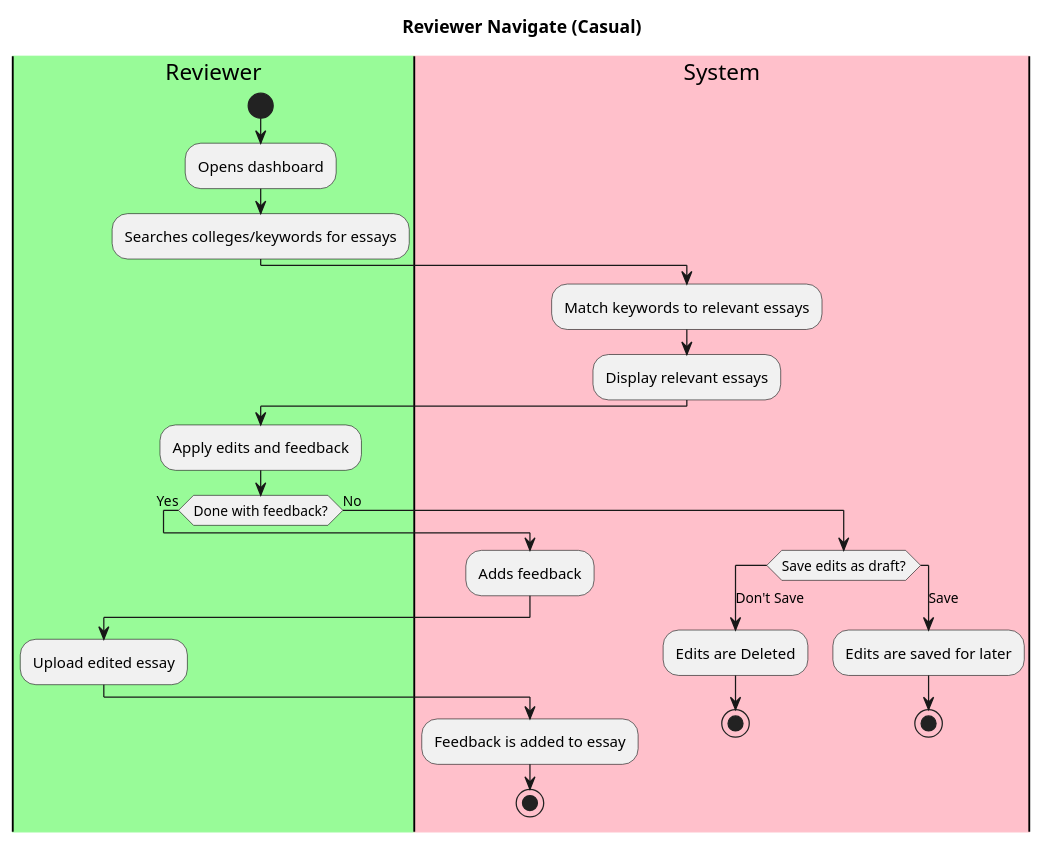
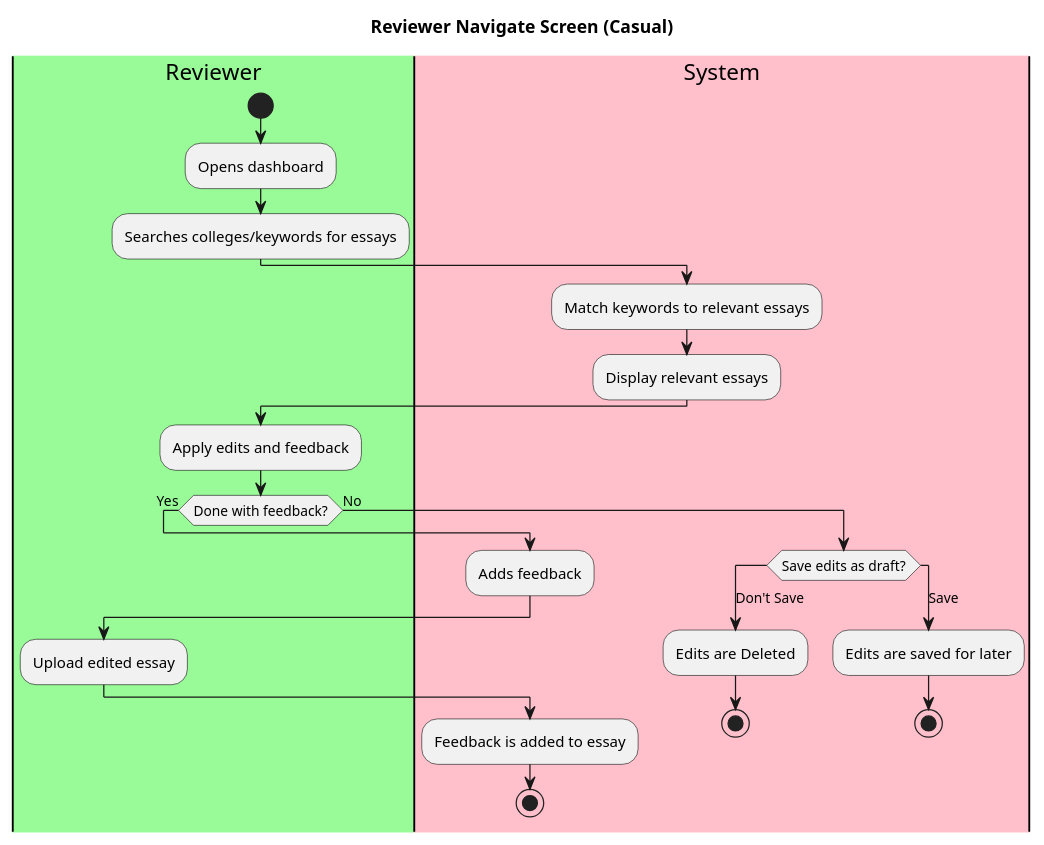
One commit to jlederer33/Essay-Review-App changed the diagram in intellij/use-cases/reviewernavigate.md. Above: the diagram before and after it, drawn with PlantUML. The commit also changed 5 other files, not shown here.

````diff
--- a/intellij/use-cases/reviewernavigate.md
+++ b/intellij/use-cases/reviewernavigate.md
@@ -1,38 +1,38 @@
 ```plantuml
-title Reviewer Navigate (Casual)
+title Reviewer Navigate Screen (Casual)
 
 |#palegreen|Reviewer|
 |#pink|System|
 
 
 |Reviewer|
 Start
 :Opens dashboard;
 :Searches colleges/keywords for essays;
 |System|
 :Match keywords to relevant essays;
 :Display relevant essays;
 |Reviewer|
 :Apply edits and feedback;
 if (Done with feedback?) then (Yes)
 |System|
 :Adds feedback;
 |Reviewer|
 :Upload edited essay;
 |System|
 :Feedback is added to essay;
 stop
 else(No)
 Switch (Save edits as draft?)
 Case(Don't Save)
 |System|
 :Edits are Deleted;
 stop
 Case(Save)
 :Edits are saved for later;
 Stop
 
 
 
 
 ```
````
